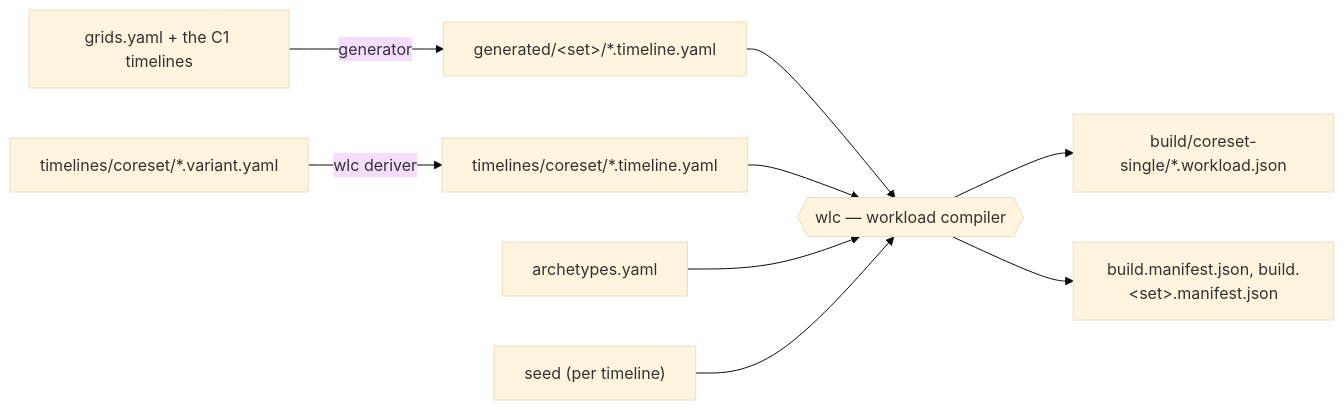
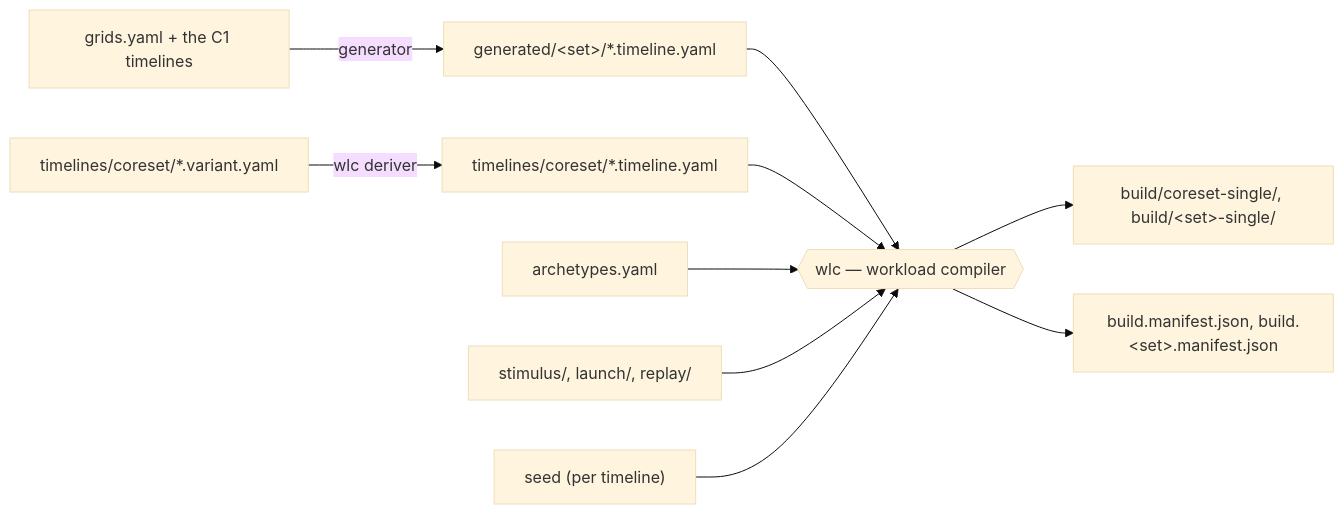
The diagram in dataset/README.md (logis11/LLM_driven_shceduling), drawn with Mermaid (base theme) before and after one commit. The commit also changed other lines of this file and 5 other files, not shown here.

````diff
--- a/dataset/README.md
+++ b/dataset/README.md
@@ -34,12 +43,13 @@
 ```mermaid
 flowchart LR
     V["timelines/coreset/*.variant.yaml"] -- "wlc deriver" --> T
     D["grids.yaml + the C1 timelines"] -- "generator" --> X["generated/&lt;set&gt;/*.timeline.yaml"]
     X --> W
     T["timelines/coreset/*.timeline.yaml"] --> W
     A["archetypes.yaml"] --> W
+    R["stimulus/, launch/, replay/"] --> W
     S["seed (per timeline)"] --> W
     W{{"wlc — workload compiler"}}
-    W --> G["build/coreset-single/*.workload.json"]
+    W --> G["build/coreset-single/, build/&lt;set&gt;-single/"]
     W --> M["build.manifest.json, build.&lt;set&gt;.manifest.json"]
 ```
````
